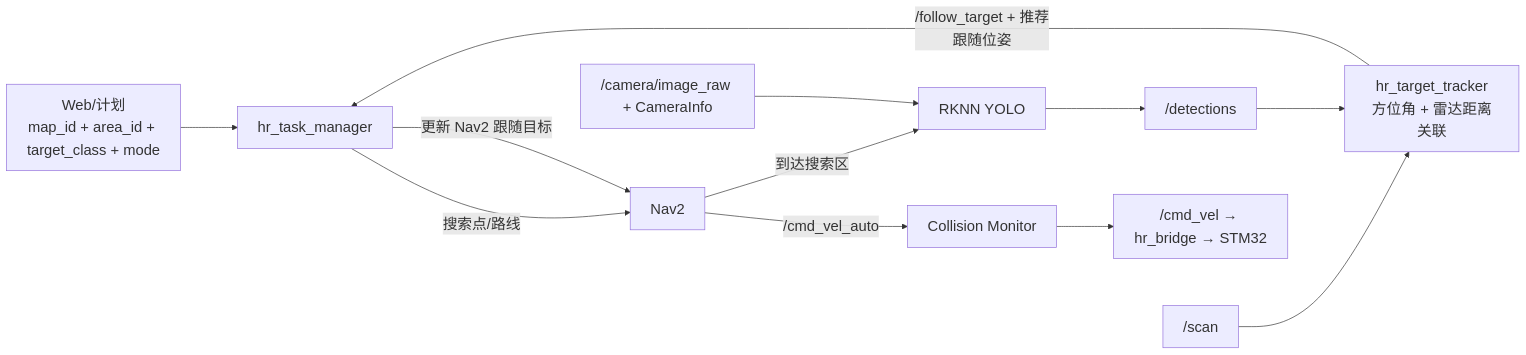
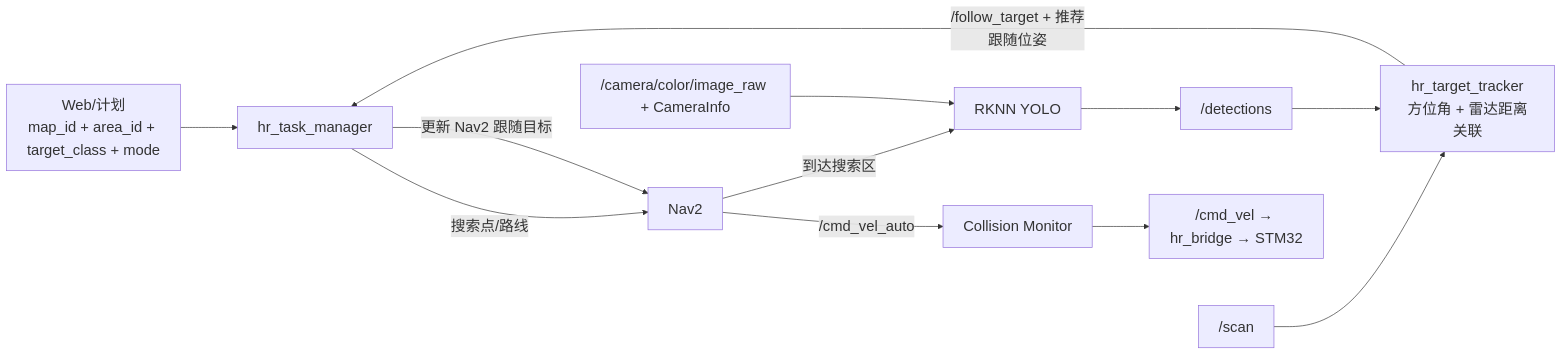
Diagram 16 of 32 in 家庭服务机器人技术方案.md (JosephQ47/Home_robot), drawn with Mermaid before and after one commit. The commit also changed other lines of this file, not shown here.

````diff
--- a/家庭服务机器人技术方案.md
+++ b/家庭服务机器人技术方案.md
@@ -931,15 +1100,15 @@
 ```mermaid
 %%{init: {"themeVariables": {"fontSize": "22px"}, "flowchart": {"curve": "basis", "nodeSpacing": 70, "rankSpacing": 85}}}%%
 flowchart LR
   WEB["Web/计划<br/>map_id + area_id + target_class + mode"] --> TM["hr_task_manager"]
   TM -->|"搜索点/路线"| NAV["Nav2"]
   NAV -->|"到达搜索区"| PER["RKNN YOLO"]
-  IMG["/camera/image_raw + CameraInfo"] --> PER
+  IMG["/camera/color/image_raw + CameraInfo"] --> PER
   PER --> DET["/detections"]
   SCAN["/scan"] --> TRACK["hr_target_tracker<br/>方位角 + 雷达距离关联"]
   DET --> TRACK
   TRACK -->|"/follow_target + 推荐跟随位姿"| TM
   TM -->|"更新 Nav2 跟随目标"| NAV
   NAV -->|"/cmd_vel_auto"| COLL["Collision Monitor"]
   COLL --> CMD["/cmd_vel → hr_bridge → STM32"]
 ```
````
